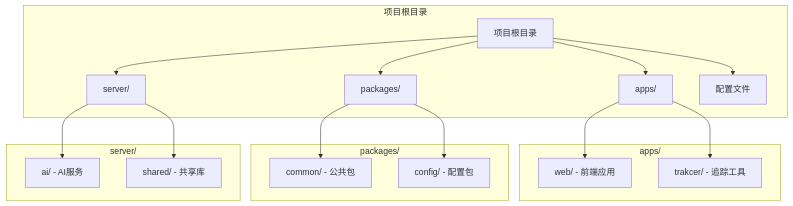
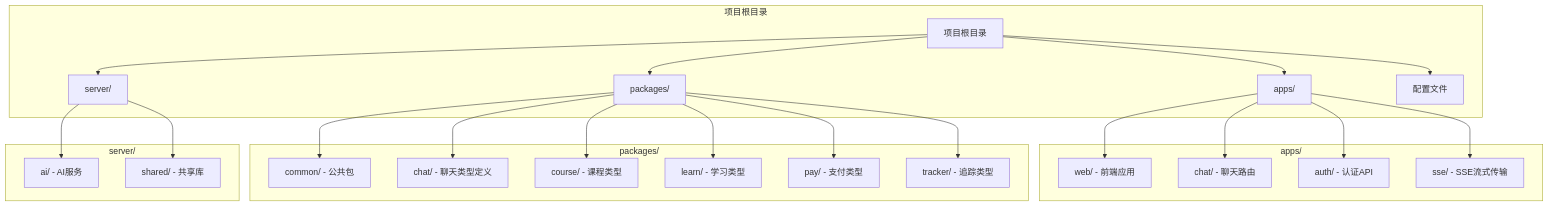
Before and after one commit to LihaoZDB/English-Study: the first of 5 diagrams in .qoder/repowiki/zh/content/聊天管理模块.md, drawn with Mermaid. The commit also changed other lines of this file and 5 other files, not shown here.

````diff
--- a/.qoder/repowiki/zh/content/聊天管理模块.md
+++ b/.qoder/repowiki/zh/content/聊天管理模块.md
@@ -35,32 +49,44 @@
 ```mermaid
 graph TB
 subgraph "项目根目录"
 Root[项目根目录]
 Apps[apps/]
 Packages[packages/]
 Server[server/]
 Config[配置文件]
 end
 subgraph "apps/"
 Web[web/ - 前端应用]
-Trakcer[trakcer/ - 追踪工具]
+ChatRouter[chat/ - 聊天路由]
+AuthAPI[auth/ - 认证API]
+SSEAPI[sse/ - SSE流式传输]
 end
 subgraph "packages/"
 Common[common/ - 公共包]
-ConfigPkg[config/ - 配置包]
+ChatTypes[chat/ - 聊天类型定义]
+CourseTypes[course/ - 课程类型]
+LearnTypes[learn/ - 学习类型]
+PayTypes[pay/ - 支付类型]
+TrackerTypes[tracker/ - 追踪类型]
 end
 subgraph "server/"
 AI[ai/ - AI服务]
 Shared[shared/ - 共享库]
 end
 Root --> Apps
 Root --> Packages
 Root --> Server
 Root --> Config
 Apps --> Web
-Apps --> Trakcer
+Apps --> ChatRouter
+Apps --> AuthAPI
+Apps --> SSEAPI
 Packages --> Common
-Packages --> ConfigPkg
+Packages --> ChatTypes
+Packages --> CourseTypes
+Packages --> LearnTypes
+Packages --> PayTypes
+Packages --> TrackerTypes
 Server --> AI
 Server --> Shared
 ```
````
